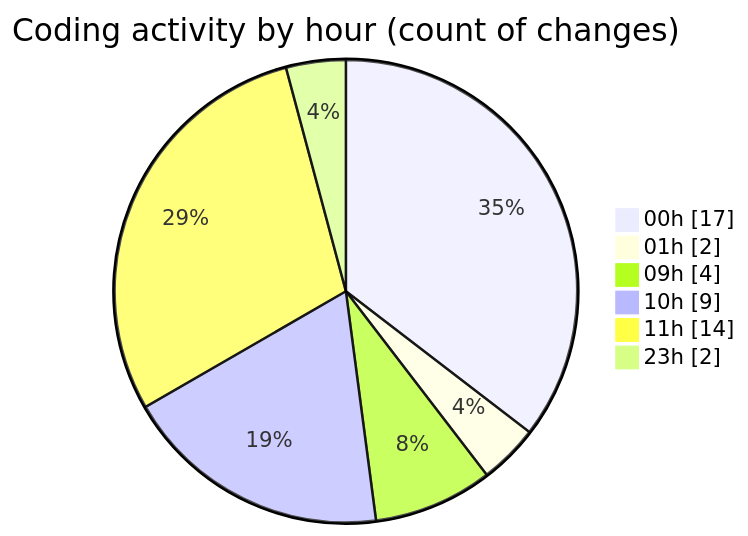
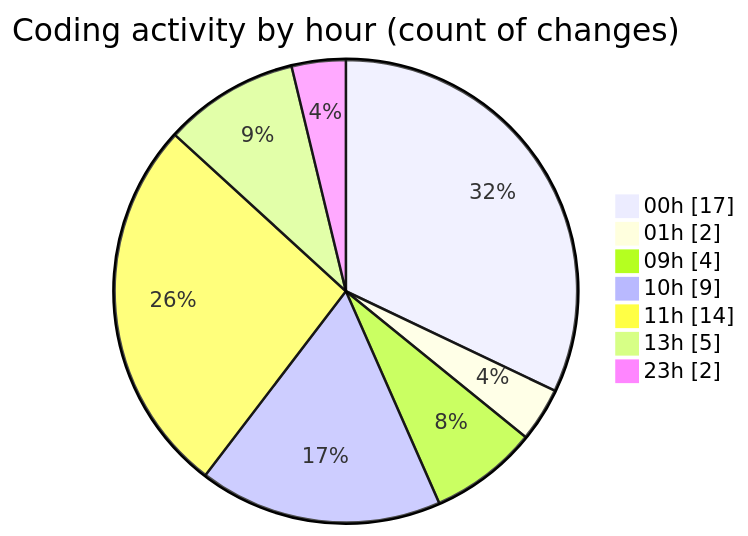
The second of 2 diagrams in 2025-10-29/eventscop-frontend-guide__workspace_/README.md (julien-gomy/code-tracking), drawn with Mermaid before and after one commit. The commit also changed other lines of this file and 1 other file, not shown here.

````diff
--- a/2025-10-29/eventscop-frontend-guide__workspace_/README.md
+++ b/2025-10-29/eventscop-frontend-guide__workspace_/README.md
@@ -44,10 +44,11 @@
 ```mermaid
 pie showData
 title Coding activity by hour (count of changes)
 "00h" : 17
 "01h" : 2
 "09h" : 4
 "10h" : 9
 "11h" : 14
+"13h" : 5
 "23h" : 2
 ```
````
